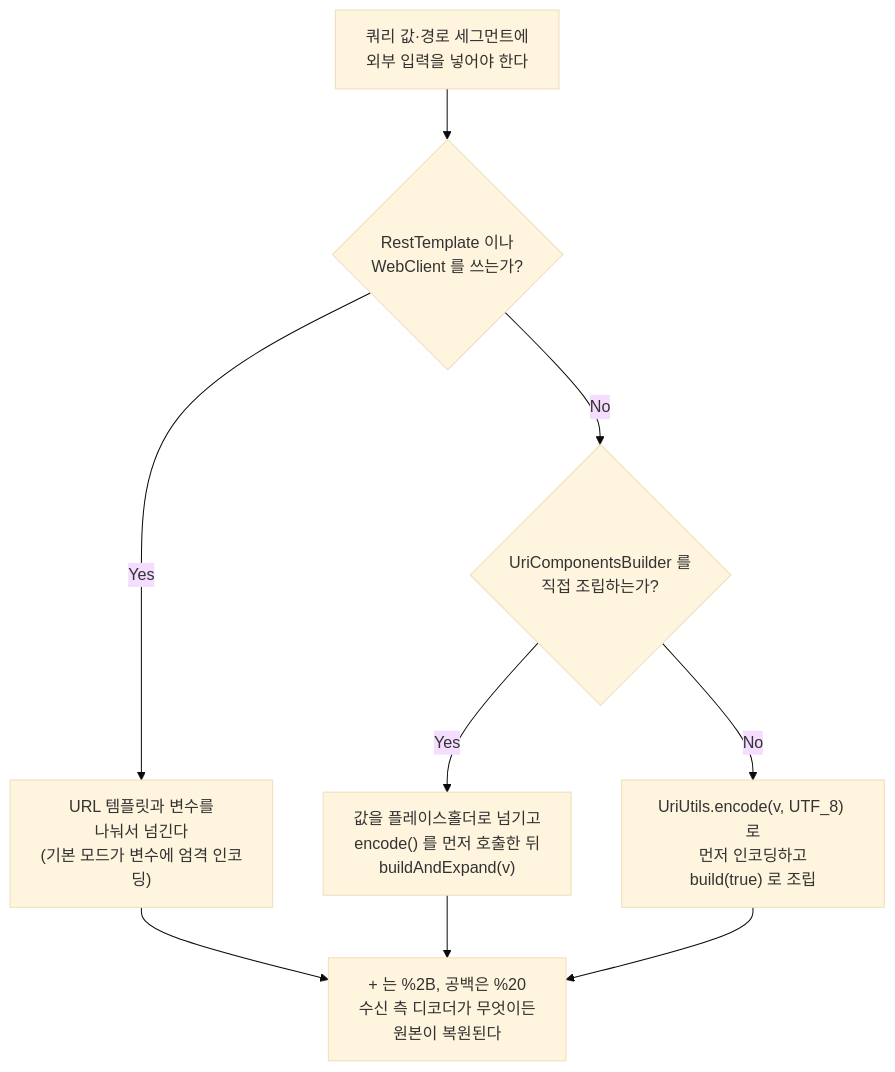
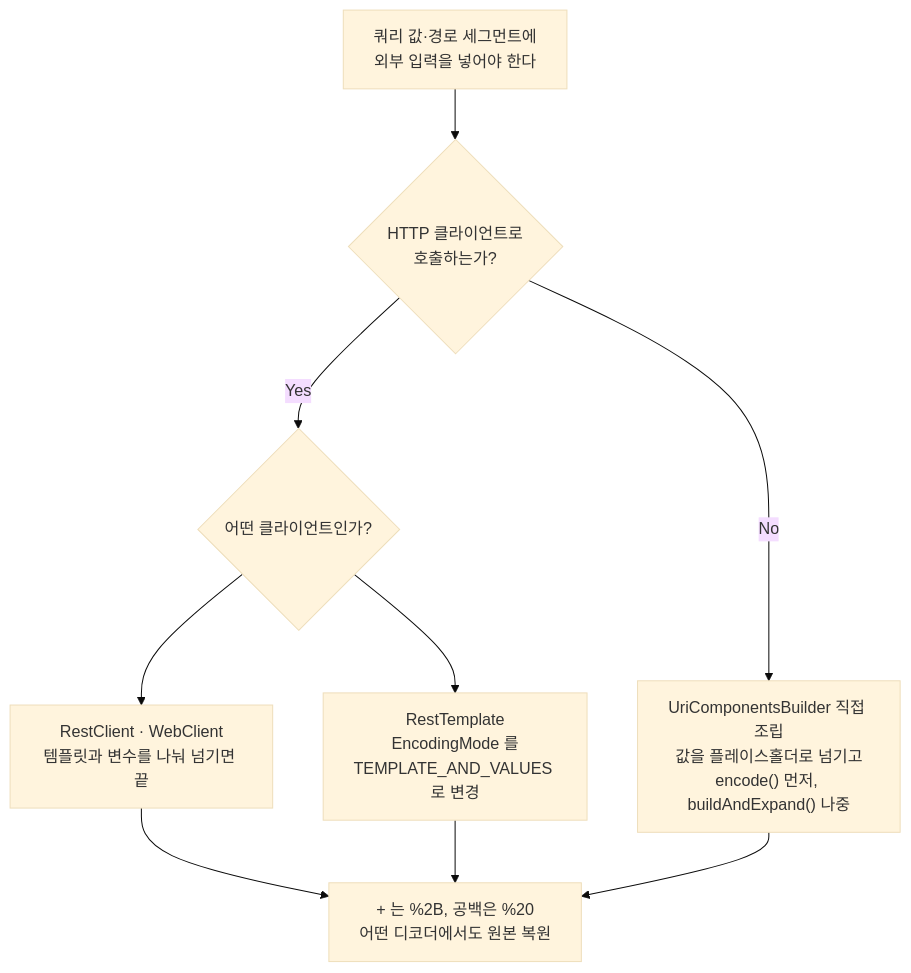
One commit to snowink1137/blog changed the diagram in src/content/blog/spring-url-percent-encoding-uriutils-vs-urlencoder.md. Above: the diagram before and after it, drawn with Mermaid (base theme). The commit also changed other lines of this file, not shown here.

First line of the commit message:
URL 인코딩 글 개고: 말투 자연화, 표 전환, RestClient 로 예시 교체

````diff
--- a/src/content/blog/spring-url-percent-encoding-uriutils-vs-urlencoder.md
+++ b/src/content/blog/spring-url-percent-encoding-uriutils-vs-urlencoder.md
@@ -275,19 +308,19 @@
 ```mermaid
 flowchart TB
     START["쿼리 값·경로 세그먼트에<br/>외부 입력을 넣어야 한다"]
-    Q1{"RestTemplate 이나<br/>WebClient 를 쓰는가?"}
-    A1["URL 템플릿과 변수를<br/>나눠서 넘긴다<br/>(기본 모드가 변수에 엄격 인코딩)"]
-    Q2{"UriComponentsBuilder 를<br/>직접 조립하는가?"}
-    A2["값을 플레이스홀더로 넘기고<br/>encode() 를 먼저 호출한 뒤<br/>buildAndExpand(v)"]
-    A3["UriUtils.encode(v, UTF_8) 로<br/>먼저 인코딩하고<br/>build(true) 로 조립"]
-    OK["+ 는 %2B, 공백은 %20<br/>수신 측 디코더가 무엇이든<br/>원본이 복원된다"]
+    Q1{"HTTP 클라이언트로<br/>호출하는가?"}
+    Q2{"어떤 클라이언트인가?"}
+    A1["RestClient · WebClient<br/>템플릿과 변수를 나눠 넘기면 끝"]
+    A2["RestTemplate<br/>EncodingMode 를<br/>TEMPLATE_AND_VALUES 로 변경"]
+    A3["UriComponentsBuilder 직접 조립<br/>값을 플레이스홀더로 넘기고<br/>encode() 먼저, buildAndExpand() 나중"]
+    OK["+ 는 %2B, 공백은 %20<br/>어떤 디코더에서도 원본 복원"]
 
     START --> Q1
-    Q1 -->|Yes| A1
-    Q1 -->|No| Q2
-    Q2 -->|Yes| A2
-    Q2 -->|No| A3
+    Q1 -->|Yes| Q2
+    Q1 -->|No| A3
+    Q2 --> A1
+    Q2 --> A2
     A1 --> OK
     A2 --> OK
     A3 --> OK
 ```
````
